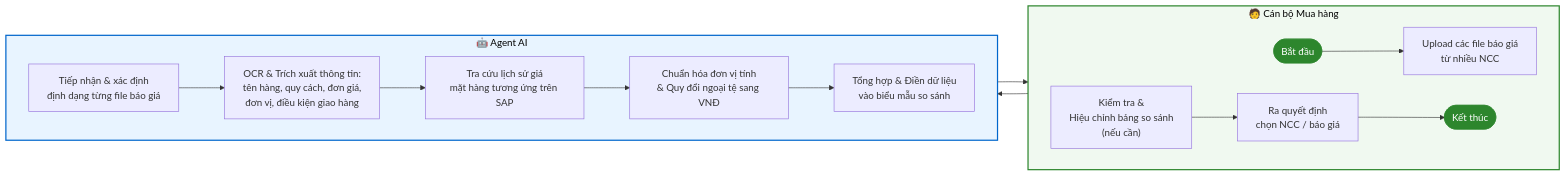
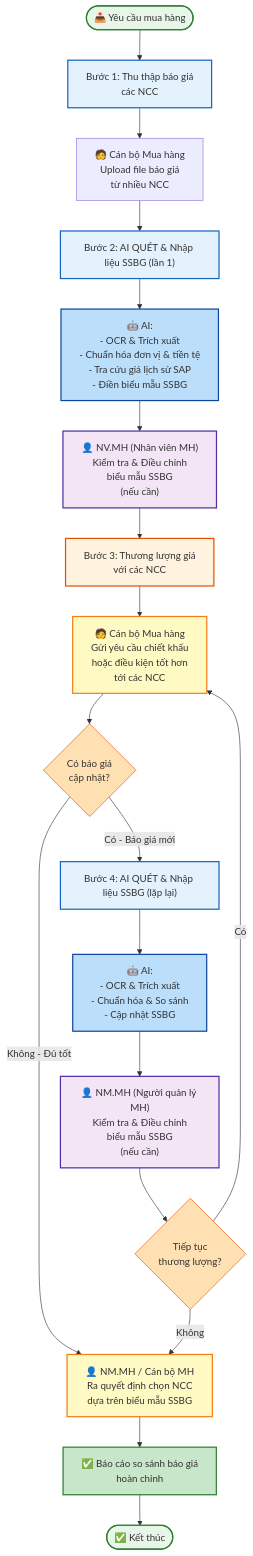
The third of 5 diagrams in Bao_cao_khao_sat_4_Agents.md (berlin0808/AI_Agent), drawn with Mermaid before and after one commit. The commit also changed other lines of this file and 2 other files, not shown here.

Commit message:
đổi agent NCC và agent So sánh báo cáo

````diff
--- a/Bao_cao_khao_sat_4_Agents.md
+++ b/Bao_cao_khao_sat_4_Agents.md
@@ -110,33 +356,52 @@
 ```mermaid
-flowchart LR
-    subgraph CB["🧑 Cán bộ Mua hàng"]
-        direction LR
-        CB1(["Bắt đầu"]) --> CB2["Upload các file báo giá\ntừ nhiều NCC"]
-        CB3["Kiểm tra &\nHiệu chỉnh bảng so sánh\n(nếu cần)"]
-        CB4["Ra quyết định\nchọn NCC / báo giá"]
-        CB5(["Kết thúc"])
-    end
-
-    subgraph AG["🤖 Agent AI"]
-        direction LR
-        AG1["Tiếp nhận & xác định\nđịnh dạng từng file báo giá"]
-        AG2["OCR & Trích xuất thông tin:\ntên hàng, quy cách, đơn giá,\nđơn vị, điều kiện giao hàng"]
-        AG3["Tra cứu lịch sử giá\nmặt hàng tương ứng trên SAP"]
-        AG4["Chuẩn hóa đơn vị tính\n& Quy đổi ngoại tệ sang VNĐ"]
-        AG5["Tổng hợp & Điền dữ liệu\nvào biểu mẫu so sánh"]
-    end
-
-    CB2 --> AG1
-    AG1 --> AG2
-    AG2 --> AG3
-    AG3 --> AG4
-    AG4 --> AG5
-    AG5 --> CB3
-    CB3 --> CB4
-    CB4 --> CB5
-
-    style CB fill:#f0f9f0,stroke:#2d862d,stroke-width:2px,color:#000
-    style AG fill:#e8f4ff,stroke:#0066cc,stroke-width:2px,color:#000
-    style CB1 fill:#2d862d,stroke:#2d862d,color:#fff
-    style CB5 fill:#2d862d,stroke:#2d862d,color:#fff
+flowchart TD
+    Start(["📥 Yêu cầu mua hàng"]) --> Step1["Bước 1: Thu thập báo giá<br/>các NCC"]
+    
+    Step1 --> CB1["🧑 Cán bộ Mua hàng<br/>Upload file báo giá<br/>từ nhiều NCC"]
+    
+    CB1 --> Step2["Bước 2: AI QUÉT & Nhập liệu SSBG (lần 1)"]
+    
+    Step2 --> AG1["🤖 AI:<br/>- OCR & Trích xuất<br/>- Chuẩn hóa đơn vị & tiền tệ<br/>- Tra cứu giá lịch sử SAP<br/>- Điền biểu mẫu SSBG"]
+    
+    AG1 --> Check1["👤 NV.MH (Nhân viên MH)<br/>Kiểm tra & Điều chỉnh<br/>biểu mẫu SSBG<br/>(nếu cần)"]
+    
+    Check1 --> Step3["Bước 3: Thương lượng giá<br/>với các NCC"]
+    
+    Step3 --> Nego["🧑 Cán bộ Mua hàng<br/>Gửi yêu cầu chiết khấu<br/>hoặc điều kiện tốt hơn<br/>tới các NCC"]
+    
+    Nego --> LoopDecision{Có báo giá<br/>cập nhật?}
+    
+    LoopDecision -->|Có - Báo giá mới| Step4["Bước 4: AI QUÉT & Nhập liệu SSBG (lặp lại)"]
+    LoopDecision -->|Không - Đủ tốt| Decision
+    
+    Step4 --> AG2["🤖 AI:<br/>- OCR & Trích xuất<br/>- Chuẩn hóa & So sánh<br/>- Cập nhật SSBG"]
+    
+    AG2 --> Check2["👤 NM.MH (Người quản lý MH)<br/>Kiểm tra & Điều chỉnh<br/>biểu mẫu SSBG<br/>(nếu cần)"]
+    
+    Check2 --> LoopDecision2{Tiếp tục<br/>thương lượng?}
+    
+    LoopDecision2 -->|Có| Nego
+    LoopDecision2 -->|Không| Decision
+    
+    Decision["👤 NM.MH / Cán bộ MH<br/>Ra quyết định chọn NCC<br/>dựa trên biểu mẫu SSBG"]
+    
+    Decision --> Output["✅ Báo cáo so sánh báo giá<br/>hoàn chỉnh"]
+    
+    Output --> End(["✅ Kết thúc"])
+    
+    style Start fill:#e8f5e9,stroke:#2e7d32,stroke-width:2px
+    style Step1 fill:#e3f2fd,stroke:#1565c0,stroke-width:2px
+    style Step2 fill:#e3f2fd,stroke:#1565c0,stroke-width:2px
+    style Step3 fill:#fff3e0,stroke:#e65100,stroke-width:2px
+    style Step4 fill:#e3f2fd,stroke:#1565c0,stroke-width:2px
+    style AG1 fill:#bbdefb,stroke:#0d47a1,stroke-width:2px
+    style AG2 fill:#bbdefb,stroke:#0d47a1,stroke-width:2px
+    style Check1 fill:#f3e5f5,stroke:#512da8,stroke-width:2px
+    style Check2 fill:#f3e5f5,stroke:#512da8,stroke-width:2px
+    style Nego fill:#fff9c4,stroke:#f57f17,stroke-width:2px
+    style Decision fill:#fff9c4,stroke:#f57f17,stroke-width:2px
+    style Output fill:#c8e6c9,stroke:#2e7d32,stroke-width:2px
+    style End fill:#e8f5e9,stroke:#2e7d32,stroke-width:2px
+    style LoopDecision fill:#ffe0b2,stroke:#e65100
+    style LoopDecision2 fill:#ffe0b2,stroke:#e65100
 ```
````
